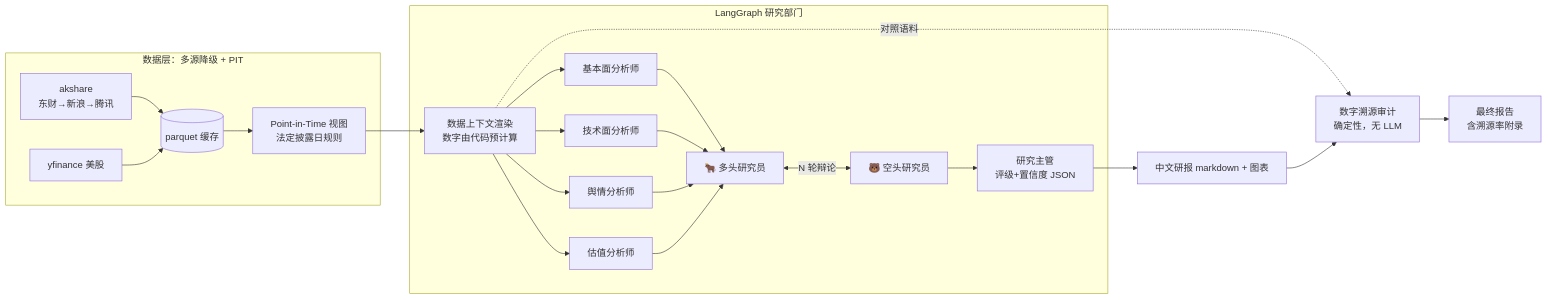
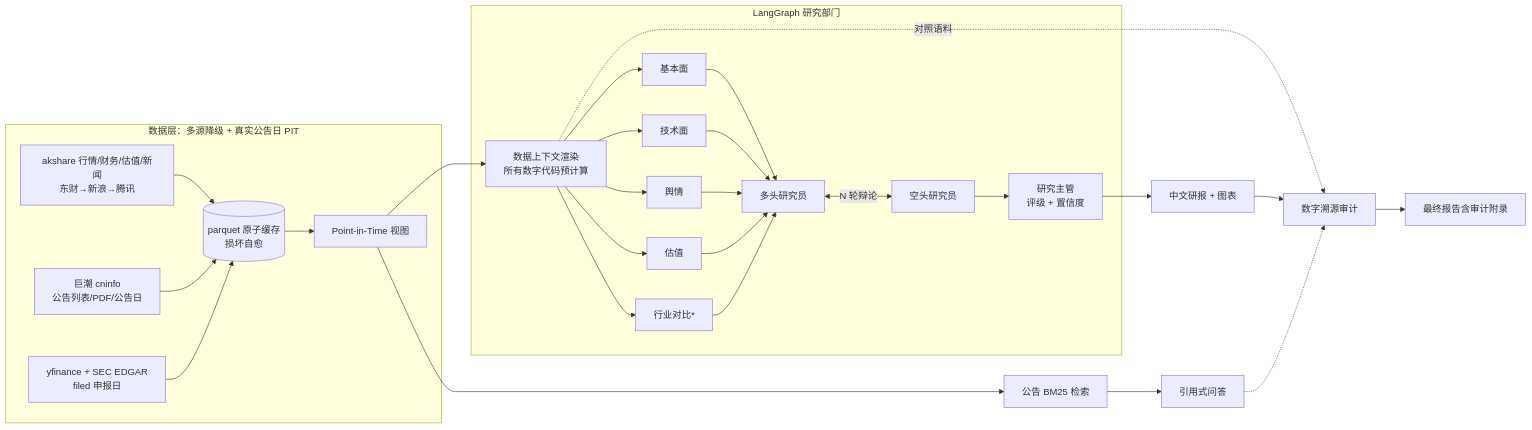
The diagram in README.md (Young-1231/gewu), drawn with Mermaid before and after one commit. The commit also changed other lines of this file and 36 other files, not shown here.

First line of the commit message:
v0.2.0：公告 RAG 问答、真实公告日 PIT、行业对比分析师、SEC EDGAR、基准跑分与产品化包装

````diff
--- a/README.md
+++ b/README.md
@@ -28,22 +41,20 @@
 ```mermaid
 flowchart LR
-    subgraph DATA[数据层：多源降级 + PIT]
-        AK[akshare<br/>东财→新浪→腾讯] --> CACHE[(parquet 缓存)]
-        YF[yfinance 美股] --> CACHE
-        CACHE --> PIT[Point-in-Time 视图<br/>法定披露日规则]
+    subgraph DATA[数据层：多源降级 + 真实公告日 PIT]
+        AK[akshare 行情/财务/估值/新闻<br/>东财→新浪→腾讯] --> CACHE[(parquet 原子缓存<br/>损坏自愈)]
+        CN[巨潮 cninfo<br/>公告列表/PDF/公告日] --> CACHE
+        US[yfinance + SEC EDGAR<br/>filed 申报日] --> CACHE
+        CACHE --> PIT[Point-in-Time 视图]
     end
-    PIT --> CTX[数据上下文渲染<br/>数字由代码预计算]
+    PIT --> CTX[数据上下文渲染<br/>所有数字代码预计算]
     subgraph GRAPH[LangGraph 研究部门]
-        CTX --> F[基本面分析师]
-        CTX --> T[技术面分析师]
-        CTX --> N[舆情分析师]
-        CTX --> V[估值分析师]
-        F & T & N & V --> BULL[🐂 多头研究员]
-        BULL <-->|N 轮辩论| BEAR[🐻 空头研究员]
-        BEAR --> DIR[研究主管<br/>评级+置信度 JSON]
+        CTX --> F[基本面] & T[技术面] & N[舆情] & V[估值] & P[行业对比*]
+        F & T & N & V & P --> BULL[多头研究员]
+        BULL <-->|N 轮辩论| BEAR[空头研究员]
+        BEAR --> DIR[研究主管<br/>评级 + 置信度]
     end
-    DIR --> REPORT[中文研报 markdown + 图表]
-    CTX -.对照语料.-> AUDIT[数字溯源审计<br/>确定性，无 LLM]
-    REPORT --> AUDIT
-    AUDIT --> FINAL[最终报告<br/>含溯源率附录]
+    DIR --> REPORT[中文研报 + 图表]
+    CTX -.对照语料.-> AUDIT[数字溯源审计]
+    REPORT --> AUDIT --> FINAL[最终报告含审计附录]
+    PIT --> RAG[公告 BM25 检索] --> QA[引用式问答] -.-> AUDIT
 ```
````
